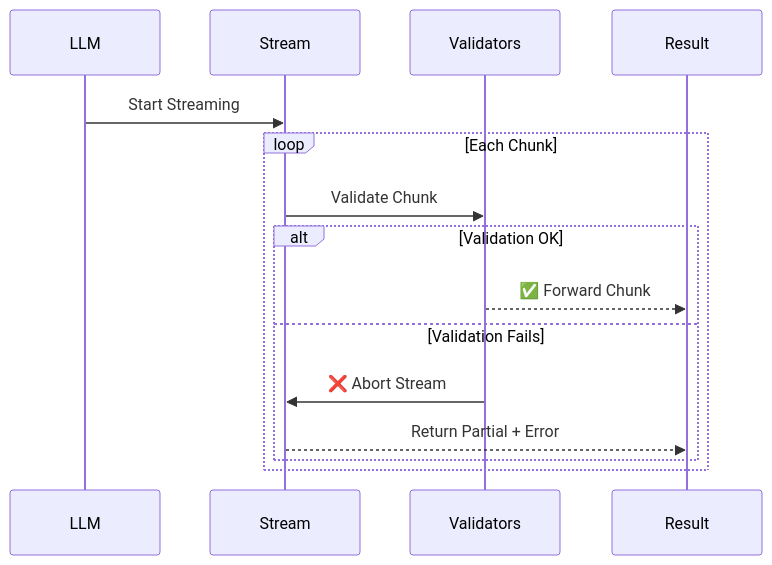
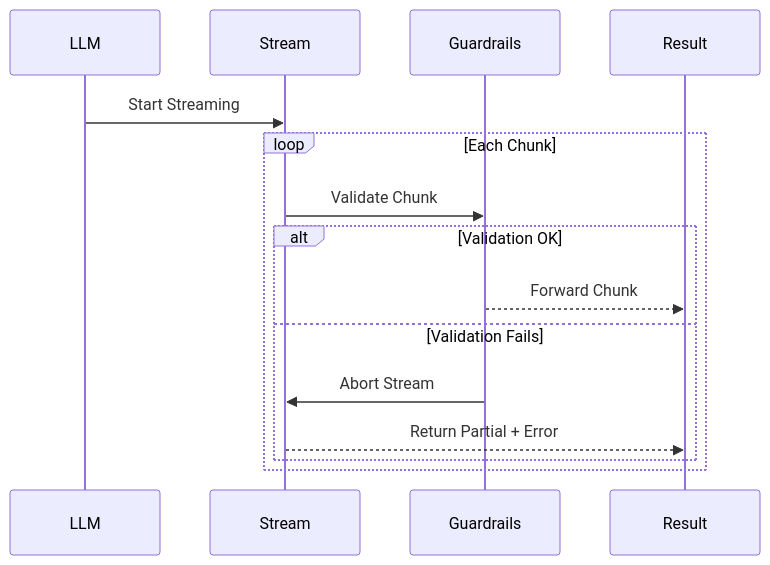
The third of 4 diagrams in docs/src/content/docs/arena/reference/validators.md (AltairaLabs/PromptKit), drawn with Mermaid before and after one commit. The commit also changed other lines of this file and 9 other files, not shown here.

First line of the commit message:
docs: unify assertions/validators/guardrails/evals into single checks reference

````diff
--- a/docs/src/content/docs/arena/reference/validators.md
+++ b/docs/src/content/docs/arena/reference/validators.md
@@ -66,20 +66,20 @@
 ```mermaid
 sequenceDiagram
     participant LLM
     participant Stream
-    participant Validators
+    participant Guardrails
     participant Result
 
     LLM->>Stream: Start Streaming
 
     loop Each Chunk
-        Stream->>Validators: Validate Chunk
+        Stream->>Guardrails: Validate Chunk
 
         alt Validation OK
-            Validators-->>Result: ✅ Forward Chunk
+            Guardrails-->>Result: Forward Chunk
         else Validation Fails
-            Validators->>Stream: ❌ Abort Stream
+            Guardrails->>Stream: Abort Stream
             Stream-->>Result: Return Partial + Error
         end
     end
 ```
````
